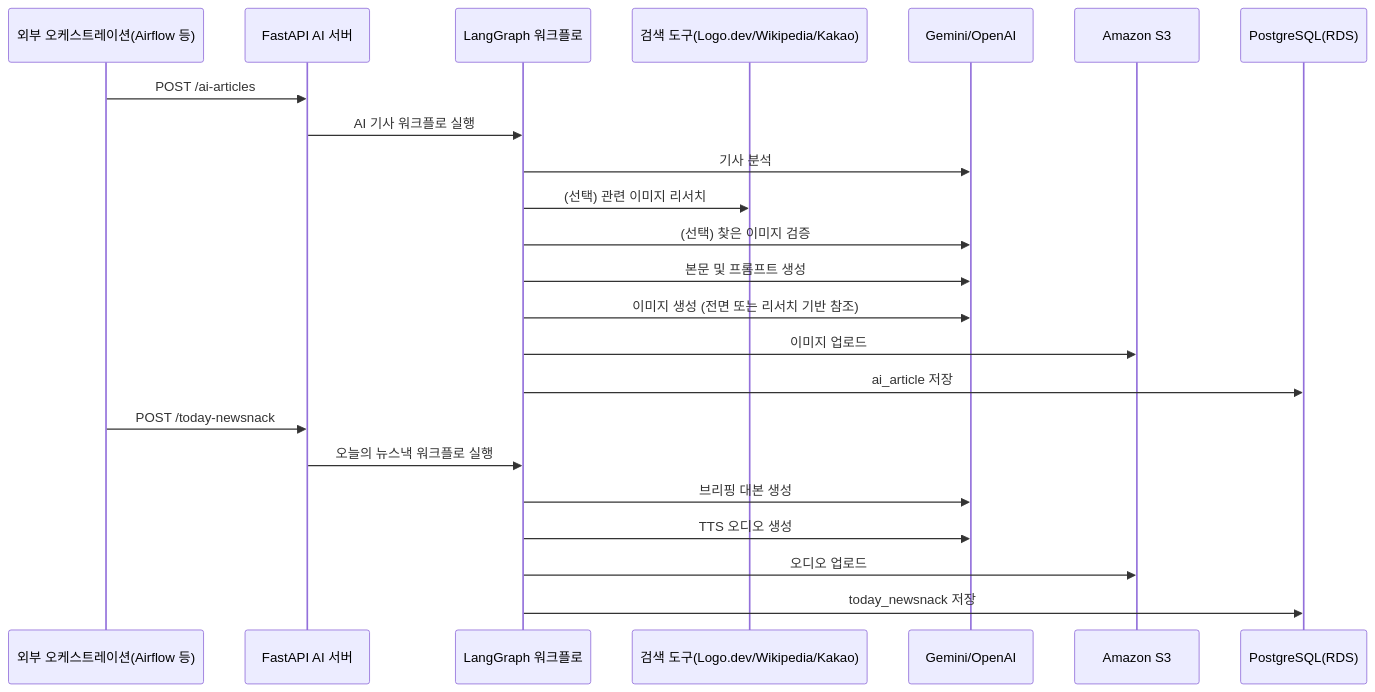
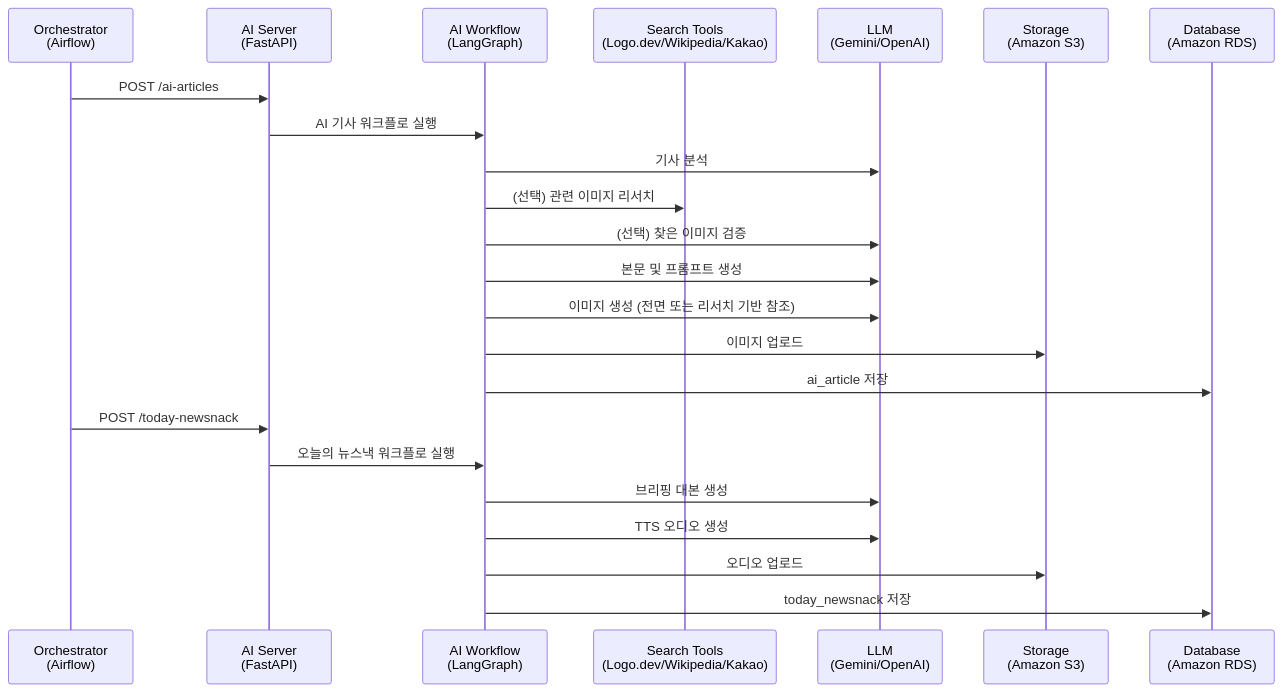
The first of 3 diagrams in README.md (team-leekim/newsnack-ai), drawn with Mermaid before and after one commit. The commit also changed other lines of this file, not shown here.

Commit message:
docs: README 아키텍처 다이어그램 수정

````diff
--- a/README.md
+++ b/README.md
@@ -34,27 +37,27 @@
 ```mermaid
 sequenceDiagram
-    participant Scheduler as 외부 오케스트레이션(Airflow 등)
-    participant API as FastAPI AI 서버
-    participant Graph as LangGraph 워크플로
-    participant Tools as 검색 도구(Logo.dev/Wikipedia/Kakao)
-    participant LLM as Gemini/OpenAI
-    participant S3 as Amazon S3
-    participant DB as PostgreSQL(RDS)
+    participant Orchestrator as Orchestrator<br/>(Airflow)
+    participant API as AI Server<br/>(FastAPI)
+    participant Graph as AI Workflow<br/>(LangGraph)
+    participant Tools as Search Tools<br/>(Logo.dev/Wikipedia/Kakao)
+    participant LLM as LLM<br/>(Gemini/OpenAI)
+    participant S3 as Storage<br/>(Amazon S3)
+    participant DB as Database<br/>(Amazon RDS)
 
-    Scheduler->>API: POST /ai-articles
+    Orchestrator->>API: POST /ai-articles
     API->>Graph: AI 기사 워크플로 실행
     Graph->>LLM: 기사 분석
     Graph->>Tools: (선택) 관련 이미지 리서치
     Graph->>LLM: (선택) 찾은 이미지 검증
     Graph->>LLM: 본문 및 프롬프트 생성
     Graph->>LLM: 이미지 생성 (전면 또는 리서치 기반 참조)
     Graph->>S3: 이미지 업로드
     Graph->>DB: ai_article 저장
 
-    Scheduler->>API: POST /today-newsnack
+    Orchestrator->>API: POST /today-newsnack
     API->>Graph: 오늘의 뉴스낵 워크플로 실행
     Graph->>LLM: 브리핑 대본 생성
     Graph->>LLM: TTS 오디오 생성
     Graph->>S3: 오디오 업로드
     Graph->>DB: today_newsnack 저장
 ```
````
